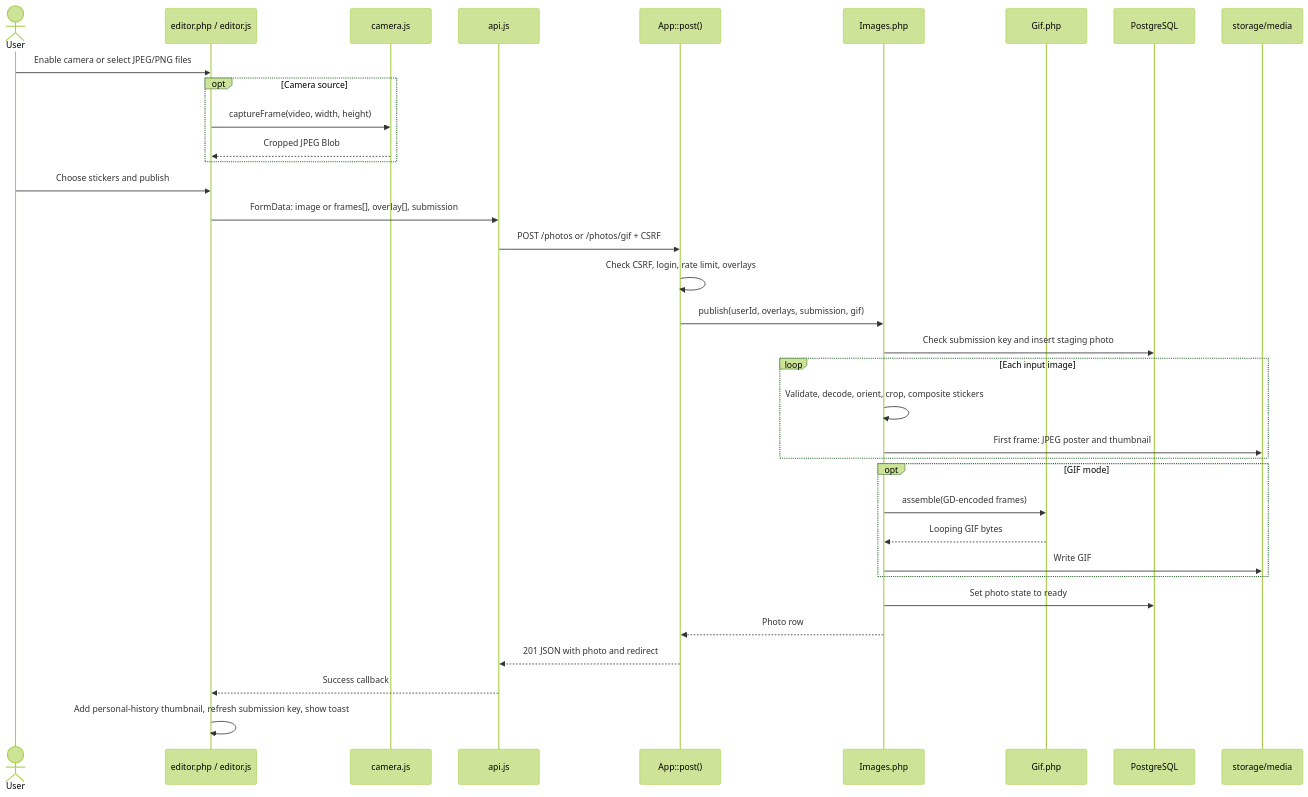
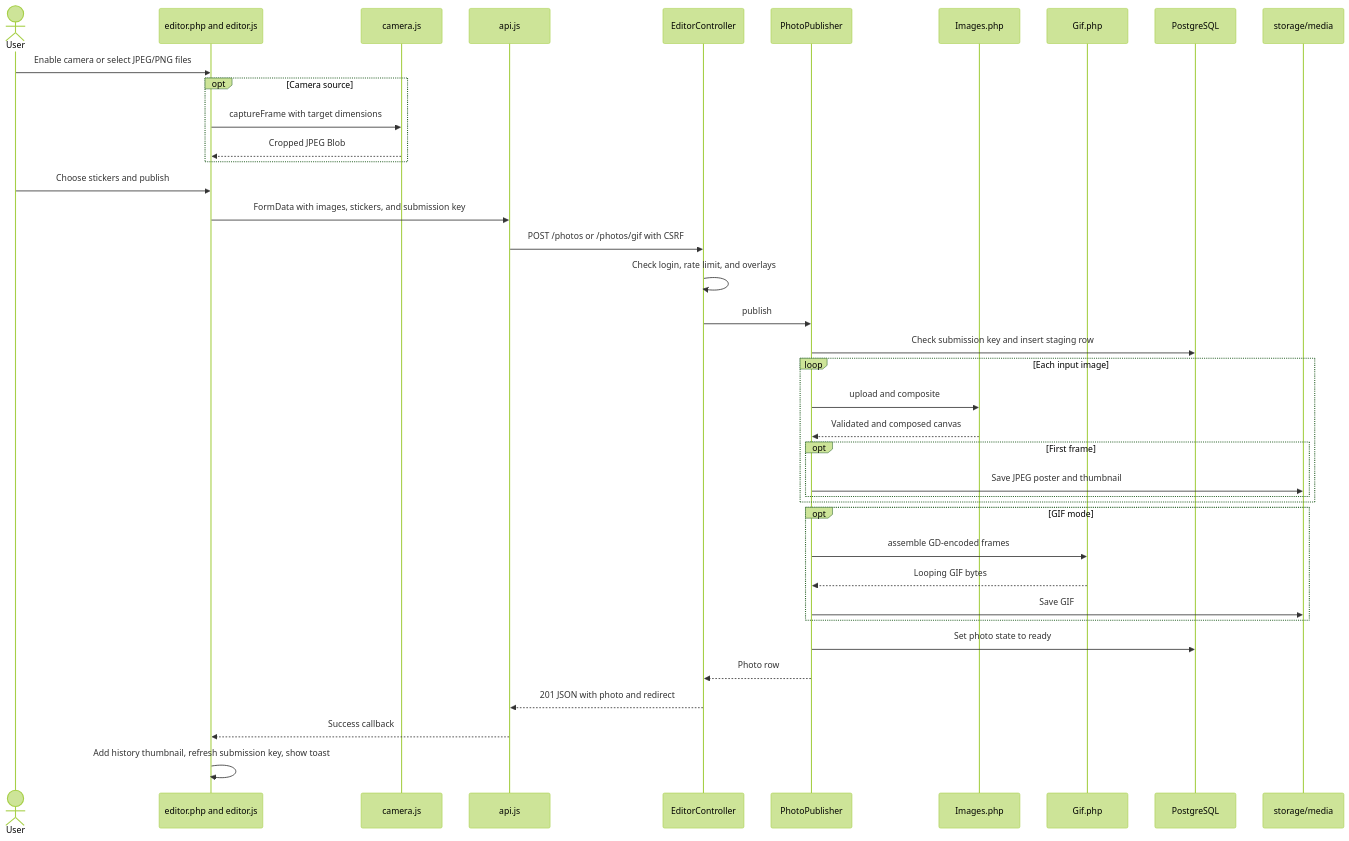
Before and after one commit to mtellami/camagru: the third of 8 diagrams in ARCHITECTURE.md, drawn with Mermaid (forest theme). The commit also changed other lines of this file and 53 other files, not shown here.

````diff
--- a/ARCHITECTURE.md
+++ b/ARCHITECTURE.md
@@ -117,37 +130,41 @@
 ```mermaid
 sequenceDiagram
     actor User
-    participant UI as editor.php / editor.js
+    participant UI as editor.php and editor.js
     participant Camera as camera.js
     participant API as api.js
-    participant App as App::post()
+    participant Controller as EditorController
+    participant Publisher as PhotoPublisher
     participant Images as Images.php
     participant Gif as Gif.php
     participant DB as PostgreSQL
     participant Disk as storage/media
     User->>UI: Enable camera or select JPEG/PNG files
     opt Camera source
-        UI->>Camera: captureFrame(video, width, height)
+        UI->>Camera: captureFrame with target dimensions
         Camera-->>UI: Cropped JPEG Blob
     end
     User->>UI: Choose stickers and publish
-    UI->>API: FormData: image or frames[], overlay[], submission
-    API->>App: POST /photos or /photos/gif + CSRF
-    App->>App: Check CSRF, login, rate limit, overlays
-    App->>Images: publish(userId, overlays, submission, gif)
-    Images->>DB: Check submission key and insert staging photo
+    UI->>API: FormData with images, stickers, and submission key
+    API->>Controller: POST /photos or /photos/gif with CSRF
+    Controller->>Controller: Check login, rate limit, and overlays
+    Controller->>Publisher: publish
+    Publisher->>DB: Check submission key and insert staging row
     loop Each input image
-        Images->>Images: Validate, decode, orient, crop, composite stickers
-        Images->>Disk: First frame: JPEG poster and thumbnail
+        Publisher->>Images: upload and composite
+        Images-->>Publisher: Validated and composed canvas
+        opt First frame
+            Publisher->>Disk: Save JPEG poster and thumbnail
+        end
     end
     opt GIF mode
-        Images->>Gif: assemble(GD-encoded frames)
-        Gif-->>Images: Looping GIF bytes
-        Images->>Disk: Write GIF
+        Publisher->>Gif: assemble GD-encoded frames
+        Gif-->>Publisher: Looping GIF bytes
+        Publisher->>Disk: Save GIF
     end
-    Images->>DB: Set photo state to ready
-    Images-->>App: Photo row
-    App-->>API: 201 JSON with photo and redirect
+    Publisher->>DB: Set photo state to ready
+    Publisher-->>Controller: Photo row
+    Controller-->>API: 201 JSON with photo and redirect
     API-->>UI: Success callback
-    UI->>UI: Add personal-history thumbnail, refresh submission key, show toast
+    UI->>UI: Add history thumbnail, refresh submission key, show toast
 ```
````
